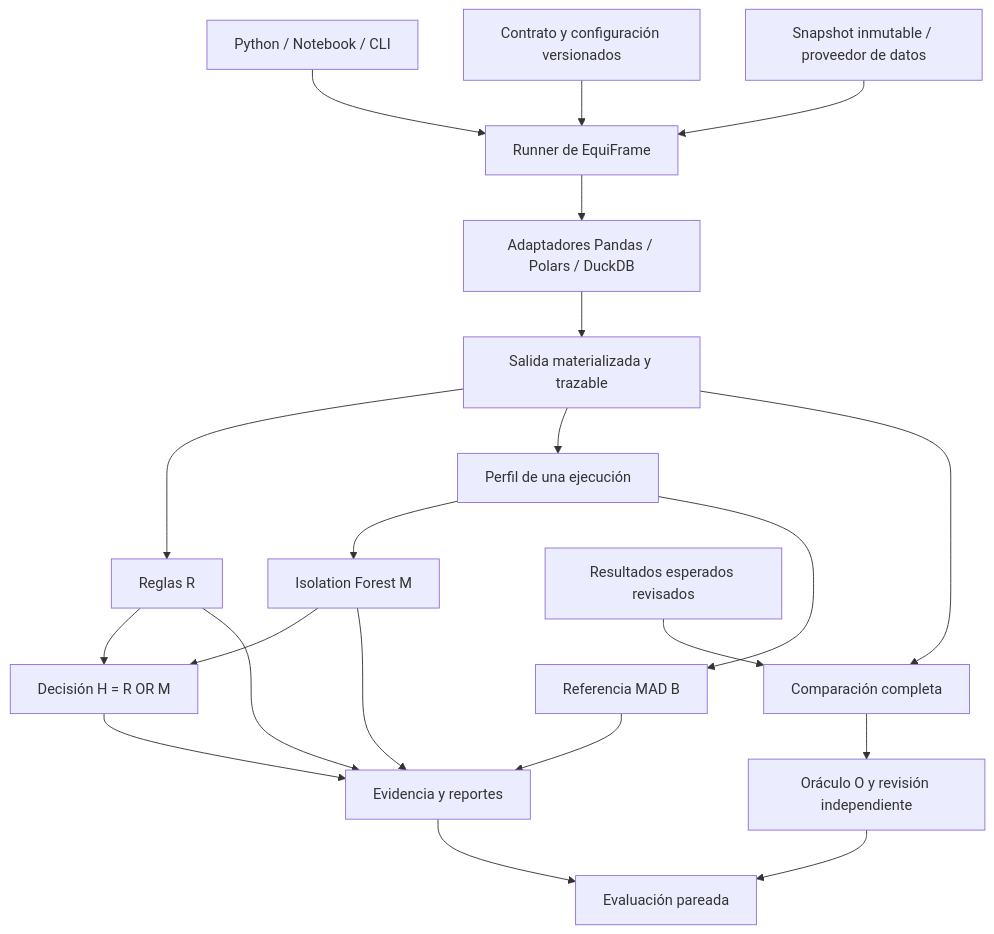
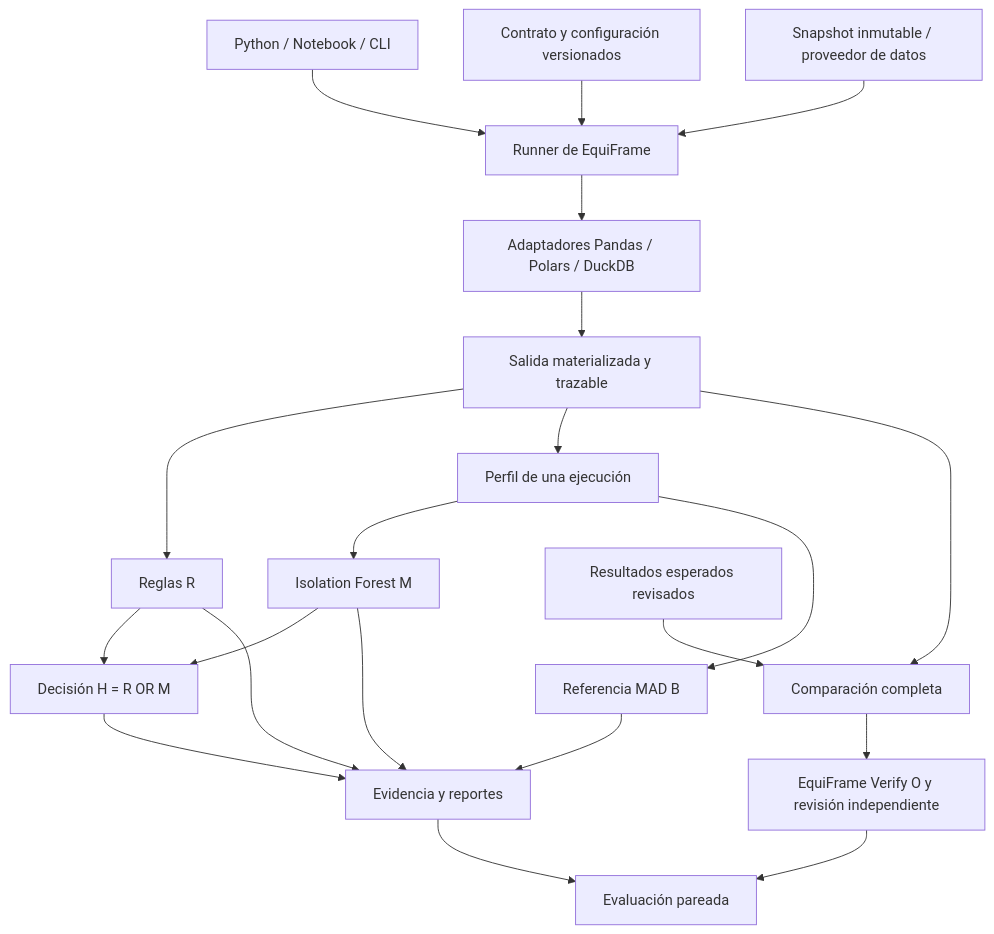
The diagram in docs/ARCHITECTURE.md (htroya/equiframe), drawn with Mermaid before and after one commit. The commit also changed other lines of this file and 52 other files, not shown here.

````diff
--- a/docs/ARCHITECTURE.md
+++ b/docs/ARCHITECTURE.md
@@ -37,23 +42,23 @@
 ```mermaid
 flowchart TD
     User[Python / Notebook / CLI] --> Runner[Runner de EquiFrame]
     Contract[Contrato y configuración versionados] --> Runner
     Source[Snapshot inmutable / proveedor de datos] --> Runner
     Runner --> Engines[Adaptadores Pandas / Polars / DuckDB]
     Engines --> Output[Salida materializada y trazable]
     Output --> Rules[Reglas R]
     Output --> Profile[Perfil de una ejecución]
     Profile --> IF[Isolation Forest M]
     Profile --> MAD[Referencia MAD B]
     Rules --> Hybrid[Decisión H = R OR M]
     IF --> Hybrid
     Rules --> Evidence[Evidencia y reportes]
     IF --> Evidence
     MAD --> Evidence
     Hybrid --> Evidence
     Output --> Compare[Comparación completa]
     Expected[Resultados esperados revisados] --> Compare
-    Compare --> Oracle[Oráculo O y revisión independiente]
+    Compare --> Oracle[EquiFrame Verify O y revisión independiente]
     Oracle --> Evaluation[Evaluación pareada]
     Evidence --> Evaluation
 ```
````
